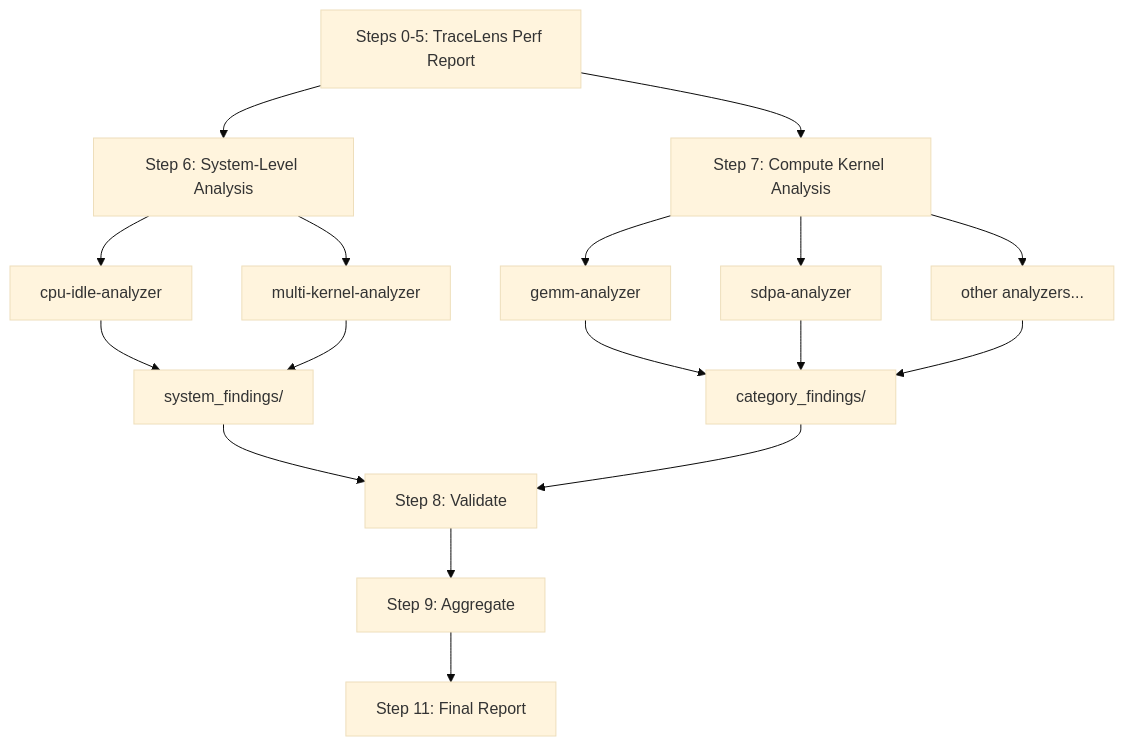
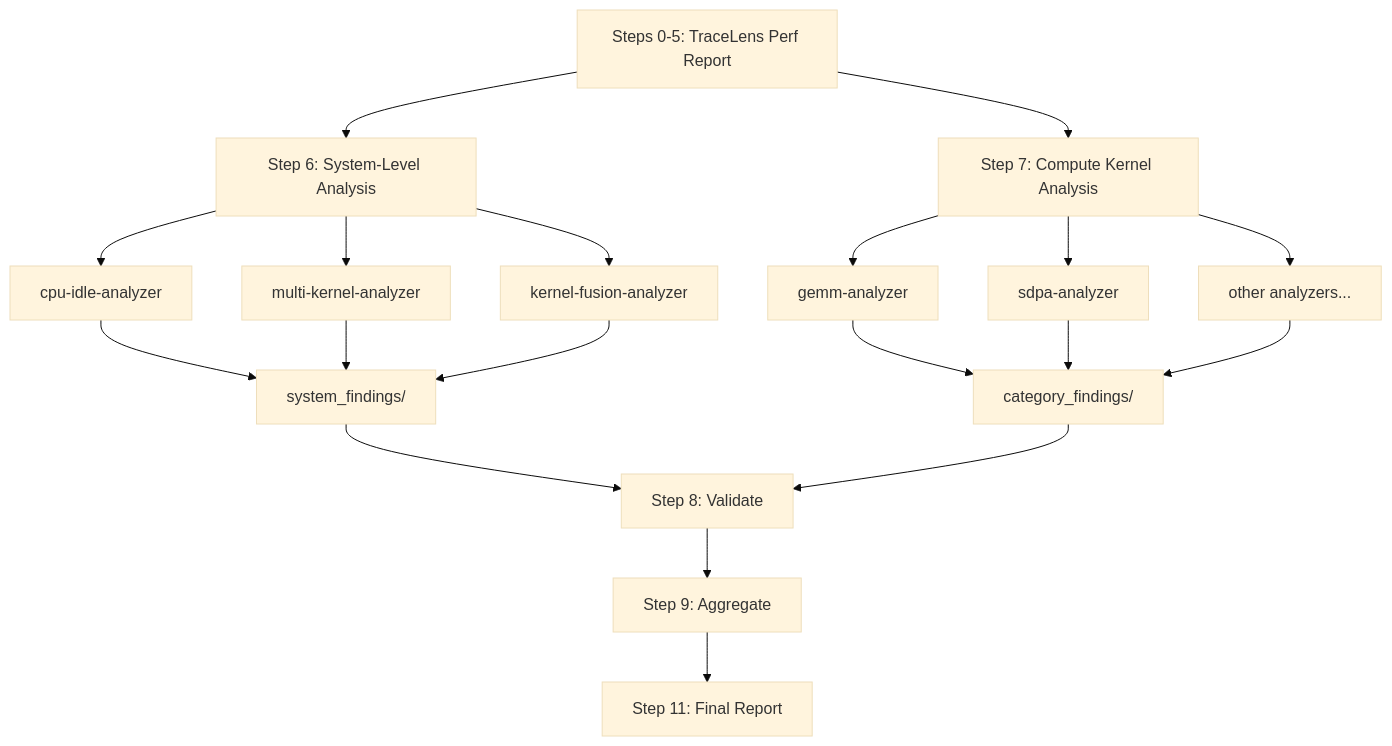
The diagram in TraceLens/AgenticMode/Standalone/README.md (AMD-AGI/TraceLens), drawn with Mermaid (base theme) before and after one commit. The commit also changed other lines of this file and 3 other files, not shown here.

````diff
--- a/TraceLens/AgenticMode/Standalone/README.md
+++ b/TraceLens/AgenticMode/Standalone/README.md
@@ -146,23 +150,25 @@
 ```mermaid
 flowchart TD
     Prep["Steps 0-5: TraceLens Perf Report"]
     Prep --> Step6["Step 6: System-Level Analysis"]
     Prep --> Step7["Step 7: Compute Kernel Analysis"]
-    
+
     Step6 --> CpuIdle["cpu-idle-analyzer"]
     Step6 --> MultiKernel["multi-kernel-analyzer"]
+    Step6 --> KernelFusion["kernel-fusion-analyzer"]
     CpuIdle --> SysFindings["system_findings/"]
     MultiKernel --> SysFindings
-    
+    KernelFusion --> SysFindings
+
     Step7 --> Gemm["gemm-analyzer"]
     Step7 --> Sdpa["sdpa-analyzer"]
     Step7 --> Others["other analyzers..."]
     Gemm --> CatFindings["category_findings/"]
     Sdpa --> CatFindings
     Others --> CatFindings
-    
+
     SysFindings --> Step8["Step 8: Validate"]
     CatFindings --> Step8
     Step8 --> Step9["Step 9: Aggregate"]
     Step9 --> Step11["Step 11: Final Report"]
 ```
````
